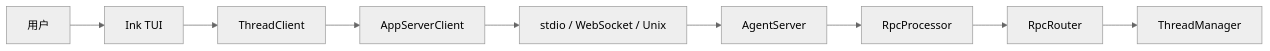
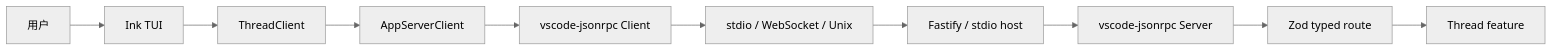
Before and after one commit to LunaY77/ello: the first of 2 diagrams in docs/agent/client-server-architecture.md, drawn with Mermaid (neutral theme). The commit also changed other lines of this file and 489 other files, not shown here.

````diff
--- a/docs/agent/client-server-architecture.md
+++ b/docs/agent/client-server-architecture.md
@@ -30,11 +30,12 @@
 ```mermaid
 flowchart LR
   User[用户] --> TUI[Ink TUI]
   TUI --> TC[ThreadClient]
   TC --> AC[AppServerClient]
-  AC --> TR[stdio / WebSocket / Unix]
-  TR --> AS[AgentServer]
-  AS --> RP[RpcProcessor]
-  RP --> RR[RpcRouter]
-  RR --> TM[ThreadManager]
+  AC --> CRPC[vscode-jsonrpc Client]
+  CRPC --> TR[stdio / WebSocket / Unix]
+  TR --> FH[Fastify / stdio host]
+  FH --> SRPC[vscode-jsonrpc Server]
+  SRPC --> RR[Zod typed route]
+  RR --> TF[Thread feature]
 ```
````
